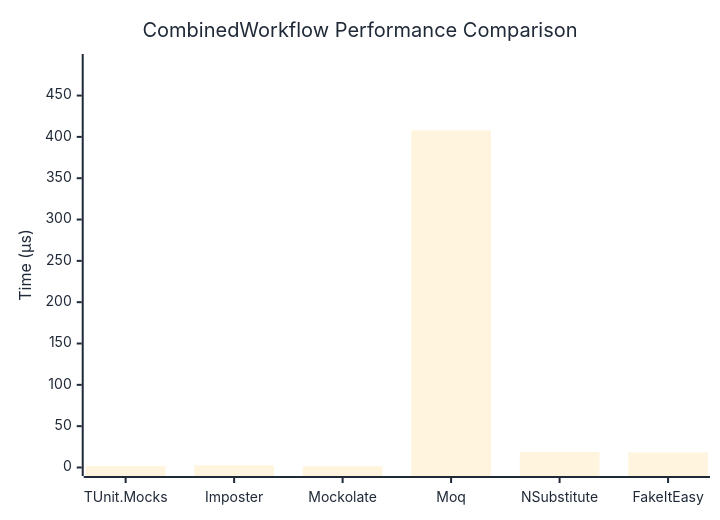
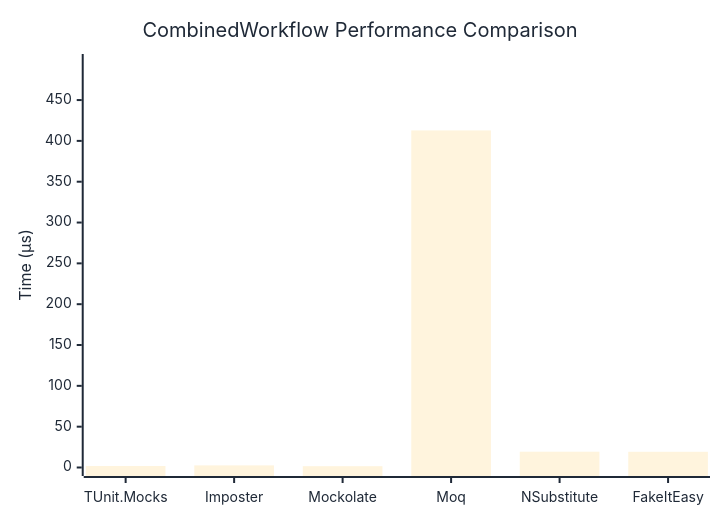
Before and after one commit to thomhurst/TUnit: the diagram in docs/docs/benchmarks/mocks/CombinedWorkflow.md, drawn with Mermaid. The commit also changed other lines of this file and 14 other files, not shown here.

````diff
--- a/docs/docs/benchmarks/mocks/CombinedWorkflow.md
+++ b/docs/docs/benchmarks/mocks/CombinedWorkflow.md
@@ -30,27 +30,27 @@
 ```mermaid
 %%{init: {
   'theme':'base',
   'themeVariables': {
     'primaryColor': '#2563eb',
     'primaryTextColor': '#1f2937',
     'primaryBorderColor': '#1e40af',
     'lineColor': '#6b7280',
     'secondaryColor': '#7c3aed',
     'tertiaryColor': '#dc2626',
     'background': '#ffffff',
     'pie1': '#2563eb',
     'pie2': '#7c3aed',
     'pie3': '#dc2626',
     'pie4': '#f59e0b',
     'pie5': '#10b981',
     'pie6': '#06b6d4',
     'pie7': '#ec4899',
     'pie8': '#6366f1'
   }
 }}%%
 xychart-beta
   title "CombinedWorkflow Performance Comparison"
   x-axis ["TUnit.Mocks", "Imposter", "Mockolate", "Moq", "NSubstitute", "FakeItEasy"]
-  y-axis "Time (μs)" 0 --> 490
-  bar [1.878, 2.719, 1.664, 407.883, 18.794, 18.191]
+  y-axis "Time (μs)" 0 --> 496
+  bar [1.845, 2.595, 1.615, 412.817, 19.352, 19.245]
 ```
````
